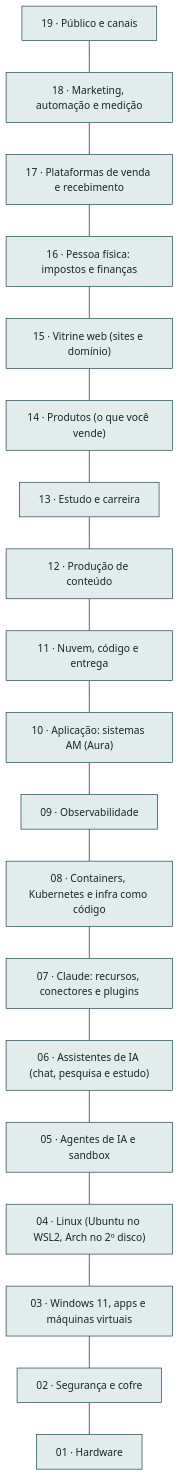
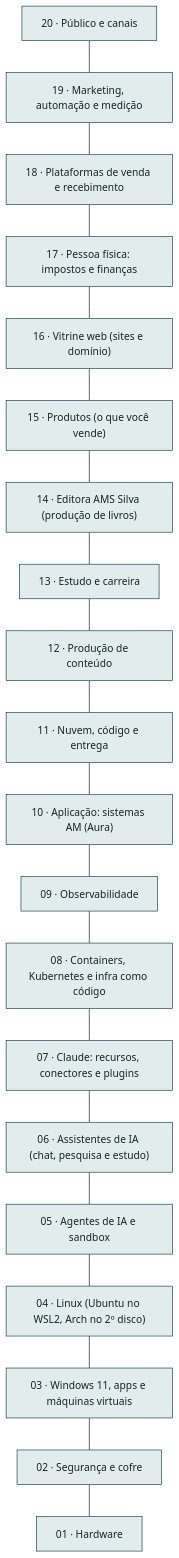
The first of 2 diagrams in README.md (AlanMateus17/dev-setup), drawn with Mermaid (base theme) before and after one commit. The commit also changed other lines of this file and 39 other files, not shown here.

First line of the commit message:
feat: Editora AMS Silva dentro do setup

````diff
--- a/README.md
+++ b/README.md
@@ -23,42 +24,44 @@
 ```mermaid
 flowchart TB
-  L_pub["19 · Público e canais"]
-  L_mkt["18 · Marketing, automação e medição"]
-  L_venda["17 · Plataformas de venda e recebimento"]
-  L_emp["16 · Pessoa física: impostos e finanças"]
-  L_web["15 · Vitrine web (sites e domínio)"]
-  L_prod["14 · Produtos (o que você vende)"]
+  L_pub["20 · Público e canais"]
+  L_mkt["19 · Marketing, automação e medição"]
+  L_venda["18 · Plataformas de venda e recebimento"]
+  L_emp["17 · Pessoa física: impostos e finanças"]
+  L_web["16 · Vitrine web (sites e domínio)"]
+  L_prod["15 · Produtos (o que você vende)"]
+  L_editora["14 · Editora AMS Silva (produção de livros)"]
   L_est["13 · Estudo e carreira"]
   L_cont["12 · Produção de conteúdo"]
   L_nuvem["11 · Nuvem, código e entrega"]
   L_app["10 · Aplicação: sistemas AM (Aura)"]
   L_obs["09 · Observabilidade"]
   L_cnt["08 · Containers, Kubernetes e infra como código"]
   L_clc["07 · Claude: recursos, conectores e plugins"]
   L_chat["06 · Assistentes de IA (chat, pesquisa e estudo)"]
   L_ia["05 · Agentes de IA e sandbox"]
   L_lin["04 · Linux (Ubuntu no WSL2, Arch no 2º disco)"]
   L_win["03 · Windows 11, apps e máquinas virtuais"]
   L_seg["02 · Segurança e cofre"]
   L_hw["01 · Hardware"]
   L_pub --- L_mkt
   L_mkt --- L_venda
   L_venda --- L_emp
   L_emp --- L_web
   L_web --- L_prod
-  L_prod --- L_est
+  L_prod --- L_editora
+  L_editora --- L_est
   L_est --- L_cont
   L_cont --- L_nuvem
   L_nuvem --- L_app
   L_app --- L_obs
   L_obs --- L_cnt
   L_cnt --- L_clc
   L_clc --- L_chat
   L_chat --- L_ia
   L_ia --- L_lin
   L_lin --- L_win
   L_win --- L_seg
   L_seg --- L_hw
   classDef cam fill:#e2ecec,stroke:#0e3a45,color:#13262b
-  class L_pub,L_mkt,L_venda,L_emp,L_web,L_prod,L_est,L_cont,L_nuvem,L_app,L_obs,L_cnt,L_clc,L_chat,L_ia,L_lin,L_win,L_seg,L_hw cam
+  class L_pub,L_mkt,L_venda,L_emp,L_web,L_prod,L_editora,L_est,L_cont,L_nuvem,L_app,L_obs,L_cnt,L_clc,L_chat,L_ia,L_lin,L_win,L_seg,L_hw cam
 ```
````
